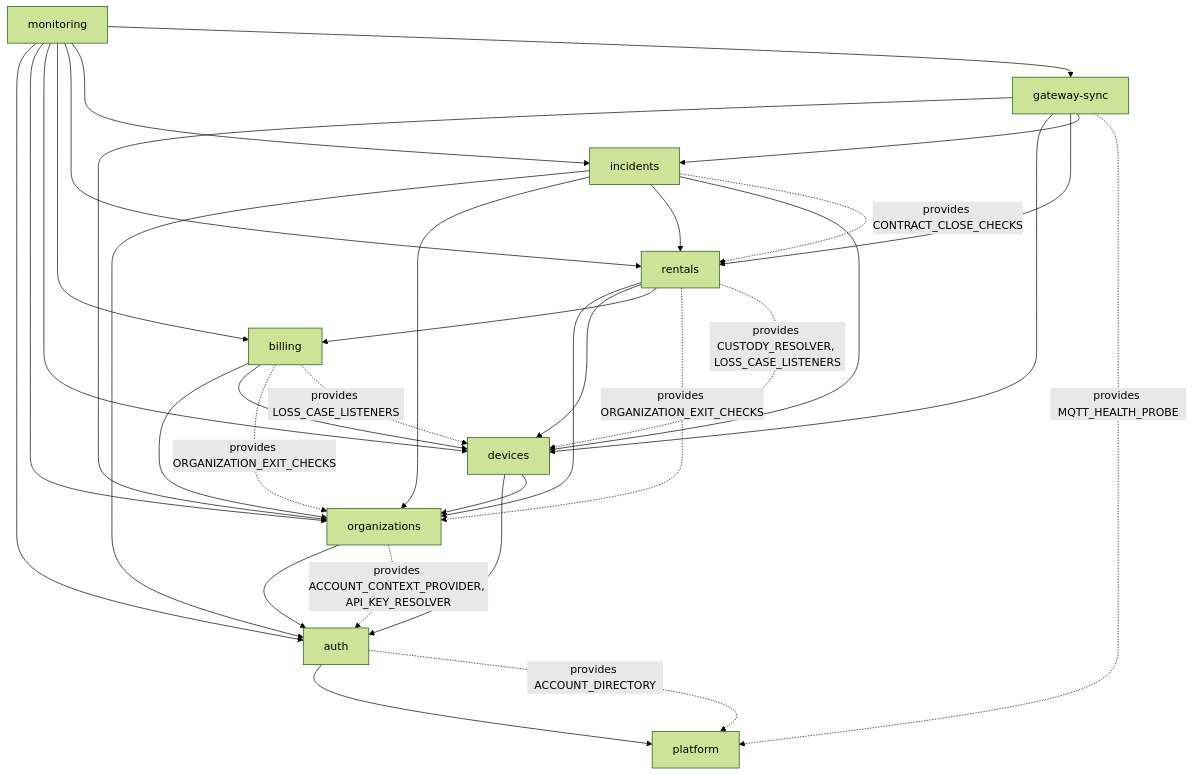
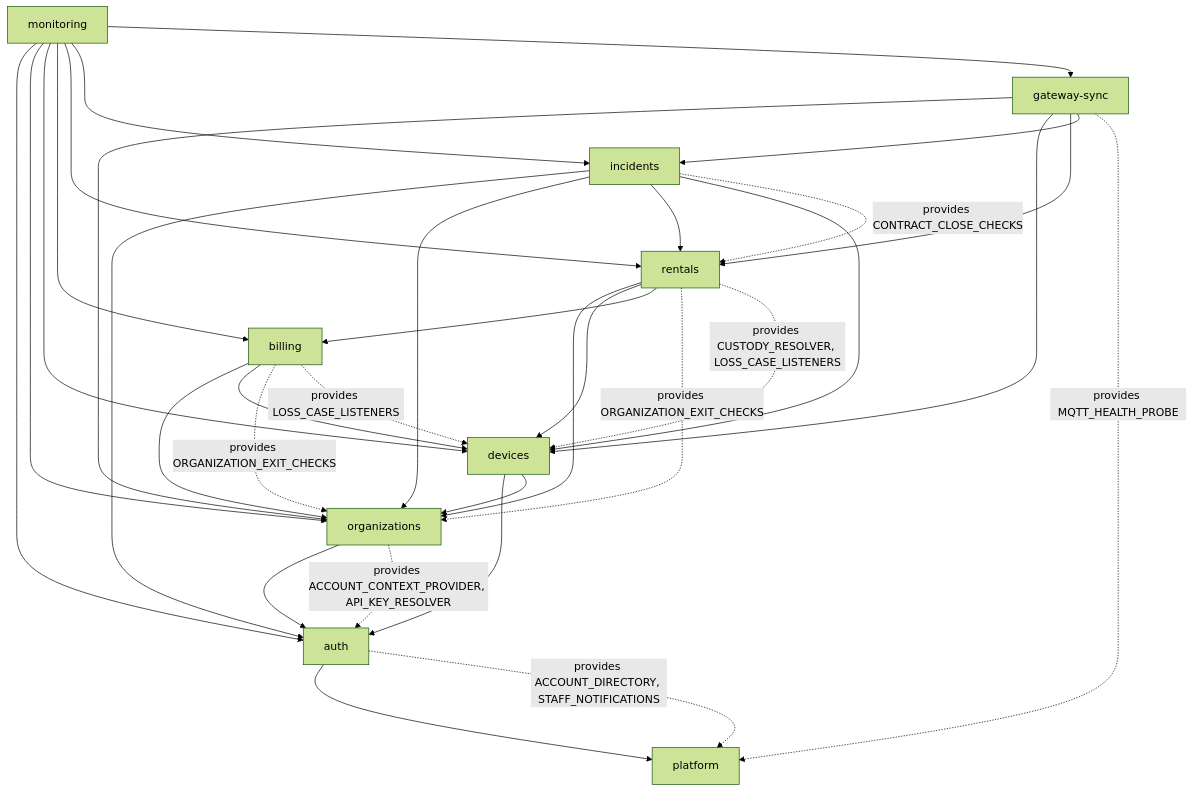
One commit to TrekLink-Team/treklink-web changed the third of 7 diagrams in specs/platform/design.md. Above: the diagram before and after it, drawn with Mermaid (forest theme). The commit also changed other lines of this file and 26 other files, not shown here.

````diff
--- a/specs/platform/design.md
+++ b/specs/platform/design.md
@@ -109,44 +109,44 @@
 ```mermaid
 flowchart TB
     PLT["platform"]
     AUTH["auth"]
     ORG["organizations"]
     DEVS["devices"]
     BILL["billing"]
     RENT["rentals"]
     INC["incidents"]
     GWS["gateway-sync"]
     MON["monitoring"]
     AUTH --> PLT
     ORG --> AUTH
     DEVS --> AUTH
     DEVS --> ORG
     BILL --> ORG
     BILL --> DEVS
     RENT --> ORG
     RENT --> DEVS
     RENT --> BILL
     INC --> AUTH
     INC --> ORG
     INC --> RENT
     INC --> DEVS
     GWS --> ORG
     GWS --> DEVS
     GWS --> RENT
     GWS --> INC
     MON --> AUTH
     MON --> ORG
     MON --> DEVS
     MON --> BILL
     MON --> RENT
     MON --> INC
     MON --> GWS
     ORG -.->|"provides ACCOUNT_CONTEXT_PROVIDER, API_KEY_RESOLVER"| AUTH
     BILL -.->|"provides ORGANIZATION_EXIT_CHECKS"| ORG
     RENT -.->|"provides ORGANIZATION_EXIT_CHECKS"| ORG
     INC -.->|"provides CONTRACT_CLOSE_CHECKS"| RENT
     RENT -.->|"provides CUSTODY_RESOLVER, LOSS_CASE_LISTENERS"| DEVS
     BILL -.->|"provides LOSS_CASE_LISTENERS"| DEVS
     GWS -.->|"provides MQTT_HEALTH_PROBE"| PLT
-    AUTH -.->|"provides ACCOUNT_DIRECTORY"| PLT
+    AUTH -.->|"provides ACCOUNT_DIRECTORY, STAFF_NOTIFICATIONS"| PLT
 ```
````
